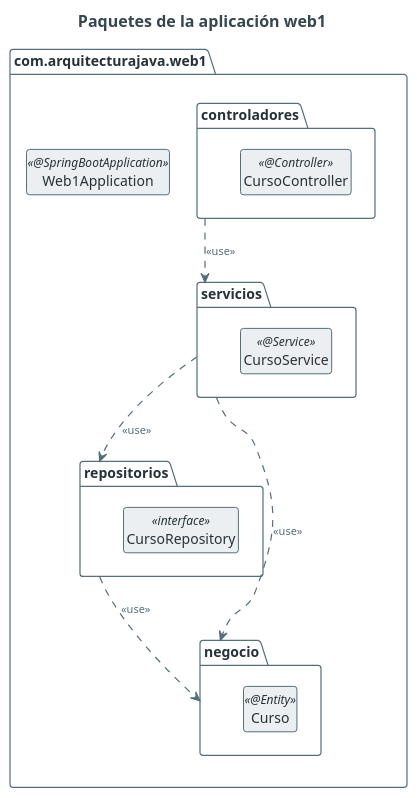
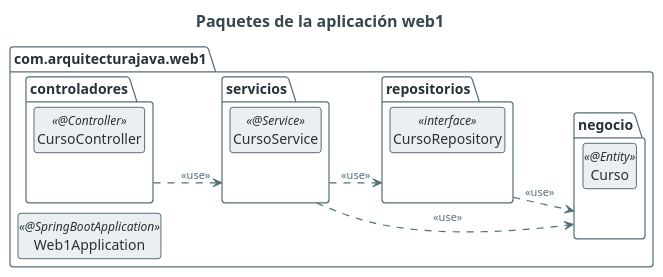
One commit to cecilioalvarez/cursotdd2026_3 changed the diagram in docs/diagrama-paquetes.puml. Above: the diagram before and after it, drawn with PlantUML. The commit also changed 5 other files, not shown here.

```diff
--- a/docs/diagrama-paquetes.puml
+++ b/docs/diagrama-paquetes.puml
@@ -1,63 +1,66 @@
 @startuml diagrama-paquetes
+!pragma layout smetana
 ' Paquetes de la aplicación web1 y sus dependencias (sacadas de los import de cada clase).
 
 title Paquetes de la aplicación web1
 
 skinparam shadowing false
 skinparam roundCorner 6
 skinparam defaultFontName Helvetica
 skinparam defaultFontColor #263238
 skinparam backgroundColor #FFFFFF
 skinparam titleFontSize 16
 skinparam titleFontColor #37474F
 skinparam ArrowColor #546E7A
 skinparam ArrowThickness 1.2
 skinparam ArrowFontColor #546E7A
 skinparam ArrowFontSize 11
 skinparam packageStyle folder
 skinparam classAttributeIconSize 0
+left to right direction
 
 skinparam package {
   BackgroundColor #FFFFFF
   BorderColor #546E7A
   BorderThickness 1.2
   FontColor #263238
 }
 
 skinparam class {
   BackgroundColor #ECEFF1
   BorderColor #546E7A
   BorderThickness 1
   FontColor #263238
 }
 
 hide empty members
 hide circle
 
 package "com.arquitecturajava.web1" as web1 {
 
   class Web1Application <<@SpringBootApplication>>
 
   package controladores {
     class CursoController <<@Controller>>
   }
 
   package servicios {
     class CursoService <<@Service>>
   }
 
   package repositorios {
     class CursoRepository <<interface>>
   }
 
   package negocio {
     class Curso <<@Entity>>
   }
 }
 
+
 controladores ..> servicios : <<use>>
+servicios ..> negocio : <<use>>
 servicios ..> repositorios : <<use>>
-servicios ..> negocio : <<use>>
 repositorios ..> negocio : <<use>>
 
 @enduml
```
